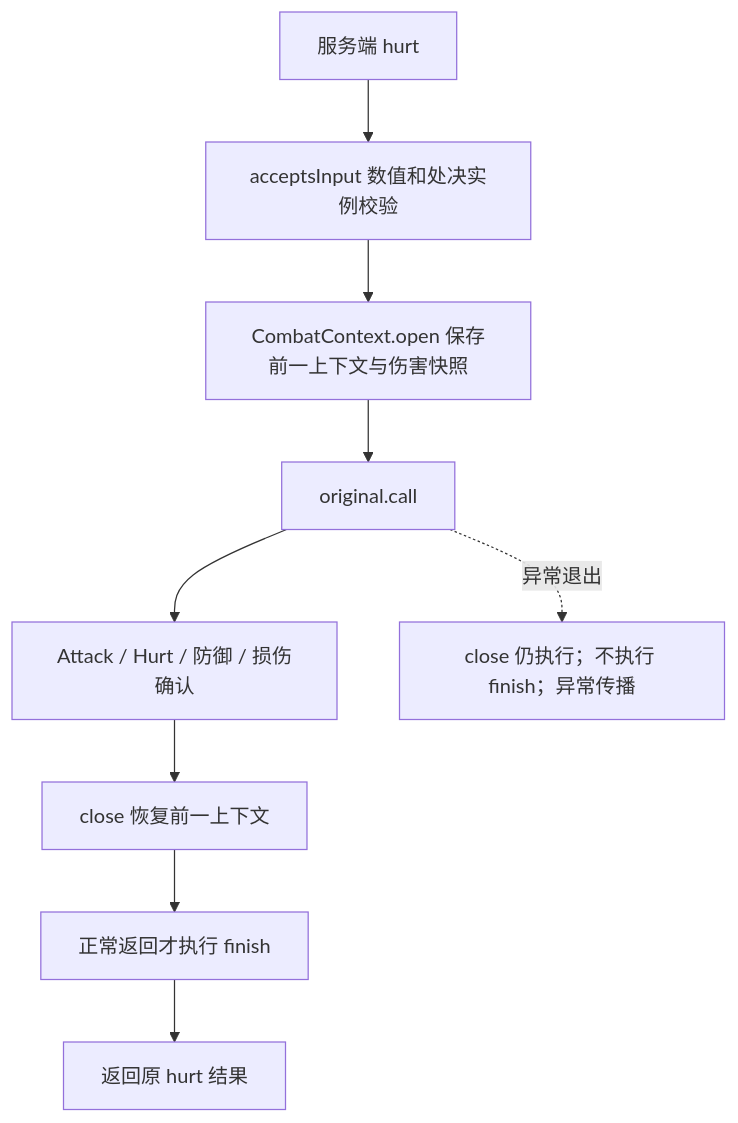
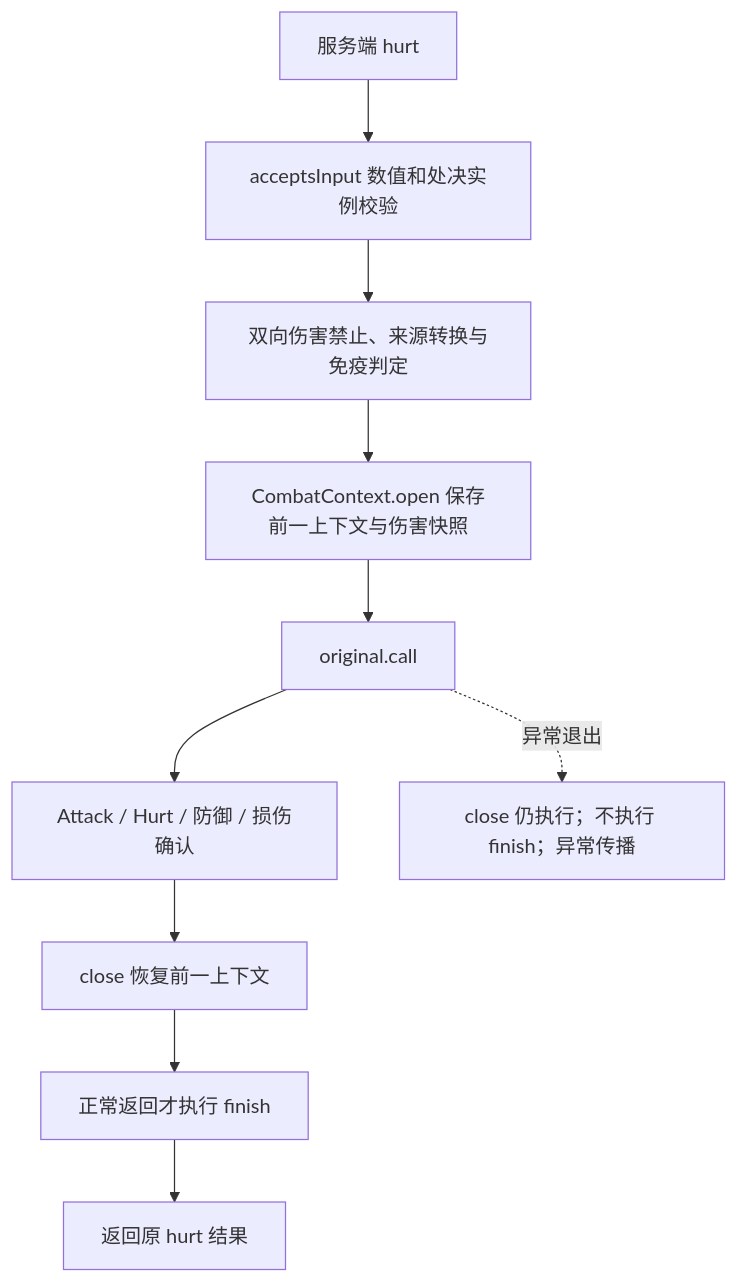
Before and after one commit to 3101516445z-dotcom/The-Long-Travail: the diagram in docs/开发者查阅/架构/链路/伤害确认与重放.md, drawn with Mermaid. The commit also changed other lines of this file and 47 other files, not shown here.

````diff
--- a/docs/开发者查阅/架构/链路/伤害确认与重放.md
+++ b/docs/开发者查阅/架构/链路/伤害确认与重放.md
@@ -9,11 +9,12 @@
 ```mermaid
 flowchart TD
   H[服务端 hurt] --> V[acceptsInput 数值和处决实例校验]
-  V --> C[CombatContext.open 保存前一上下文与伤害快照]
+  V --> B[双向伤害禁止、来源转换与免疫判定]
+  B --> C[CombatContext.open 保存前一上下文与伤害快照]
   C --> O[original.call]
   O --> A[Attack / Hurt / 防御 / 损伤确认]
   A --> X[close 恢复前一上下文]
   X --> F[正常返回才执行 finish]
   F --> R[返回原 hurt 结果]
   O -.异常退出.-> E[close 仍执行；不执行 finish；异常传播]
 ```
````
